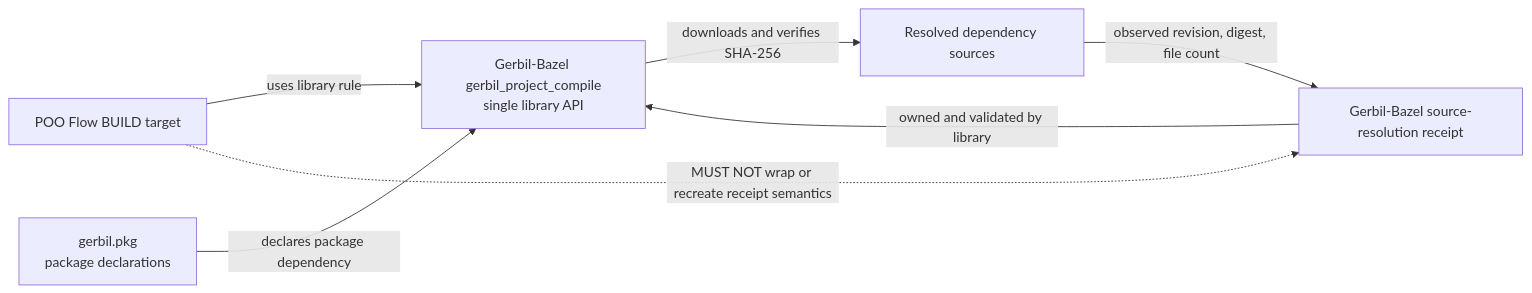
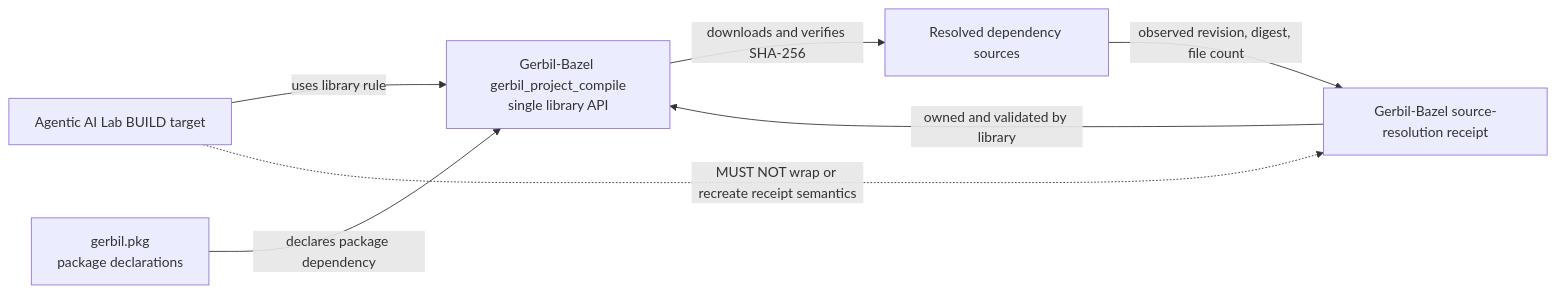
One commit to tao3k/gebril-yuanxu changed the diagram in module-system/design/151-gerbil-dependency-source-identity-rfc.org. Above: the diagram before and after it, drawn with Mermaid. The commit also changed other lines of this file and 507 other files, not shown here.

```diff
--- a/module-system/design/151-gerbil-dependency-source-identity-rfc.org
+++ b/module-system/design/151-gerbil-dependency-source-identity-rfc.org
@@ -97,15 +97,15 @@
 #+begin_src mermaid
 flowchart LR
-  PF["POO Flow BUILD target"]
+  PF["Agentic AI Lab BUILD target"]
   PKG["gerbil.pkg<br/>package declarations"]
   API["Gerbil-Bazel gerbil_project_compile<br/>single library API"]
   SRC["Resolved dependency sources"]
   REC["Gerbil-Bazel source-resolution receipt"]
 
   PF -->|"uses library rule"| API
   PKG -->|"declares package dependency"| API
   API -->|"downloads and verifies SHA-256"| SRC
   SRC -->|"observed revision, digest, file count"| REC
   REC -->|"owned and validated by library"| API
   PF -.->|"MUST NOT wrap or recreate receipt semantics"| REC
 #+end_src
```
